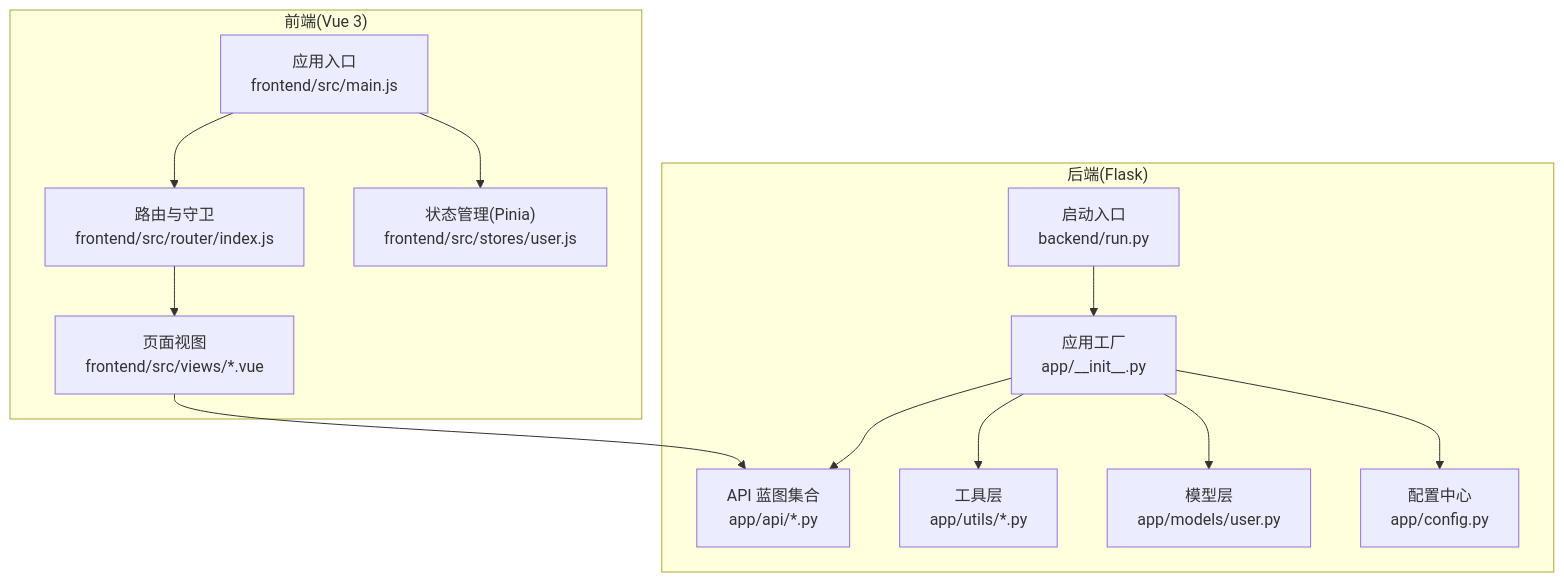
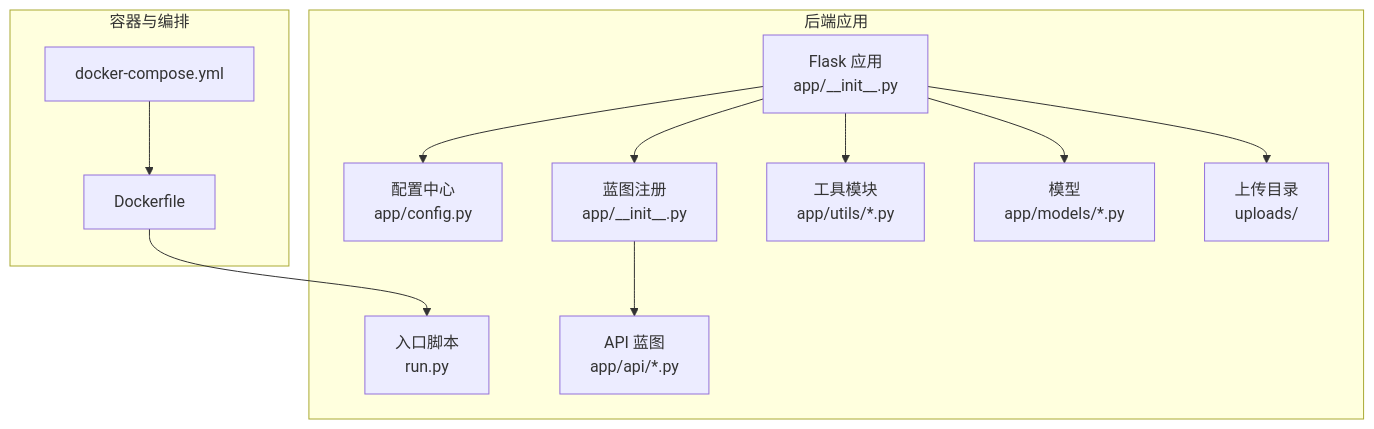
The first of 5 diagrams in .qoder/repowiki/zh/content/项目概述/项目概述.md (ismine3/OPS), drawn with Mermaid before and after one commit. The commit also changed other lines of this file and 157 other files, not shown here.

````diff
--- a/.qoder/repowiki/zh/content/项目概述/项目概述.md
+++ b/.qoder/repowiki/zh/content/项目概述/项目概述.md
@@ -50,26 +57,25 @@
 ```mermaid
 graph TB
-subgraph "后端(Flask)"
-A["应用工厂<br/>app/__init__.py"]
+subgraph "后端应用"
+A["Flask 应用<br/>app/__init__.py"]
 B["配置中心<br/>app/config.py"]
-C["启动入口<br/>backend/run.py"]
-D["API 蓝图集合<br/>app/api/*.py"]
-E["工具层<br/>app/utils/*.py"]
-F["模型层<br/>app/models/user.py"]
+C["入口脚本<br/>run.py"]
+D["蓝图注册<br/>app/__init__.py"]
+E["API 蓝图<br/>app/api/*.py"]
+F["工具模块<br/>app/utils/*.py"]
+G["模型<br/>app/models/*.py"]
+H["上传目录<br/>uploads/"]
 end
-subgraph "前端(Vue 3)"
-G["应用入口<br/>frontend/src/main.js"]
-H["路由与守卫<br/>frontend/src/router/index.js"]
-I["状态管理(Pinia)<br/>frontend/src/stores/user.js"]
-J["页面视图<br/>frontend/src/views/*.vue"]
+subgraph "容器与编排"
+I["Dockerfile"]
+J["docker-compose.yml"]
 end
-C --> A
+A --> B
 A --> D
-A --> E
+D --> E
 A --> F
-A --> B
-G --> H
-G --> I
-H --> J
-J --> D
+A --> G
+A --> H
+I --> C
+J --> I
 ```
````
